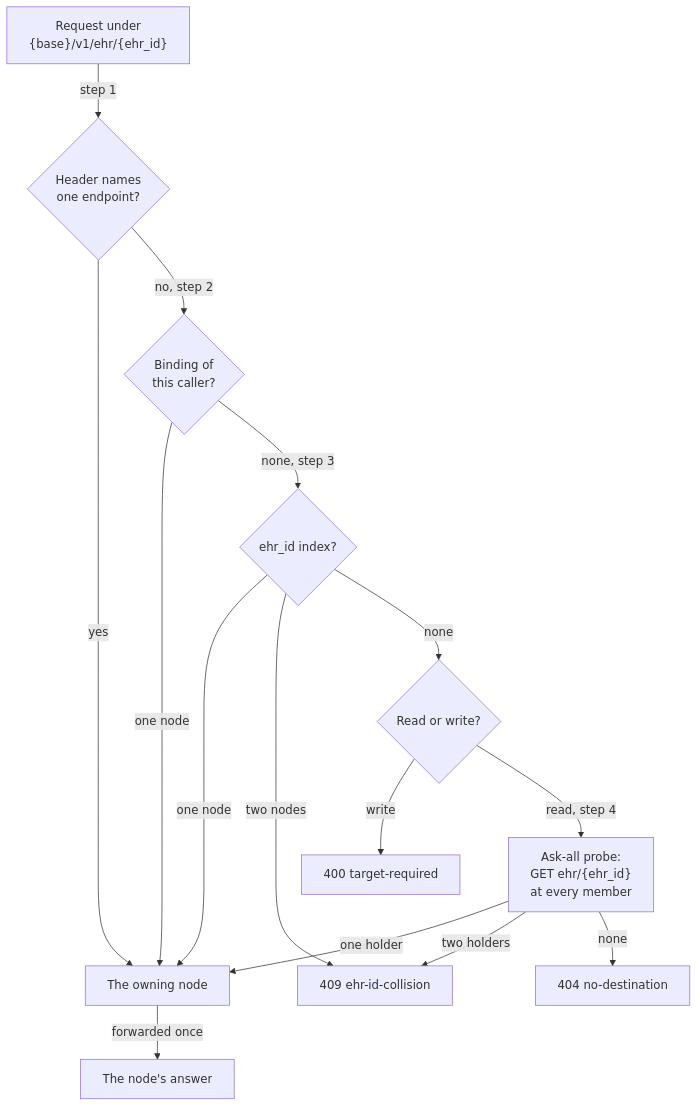
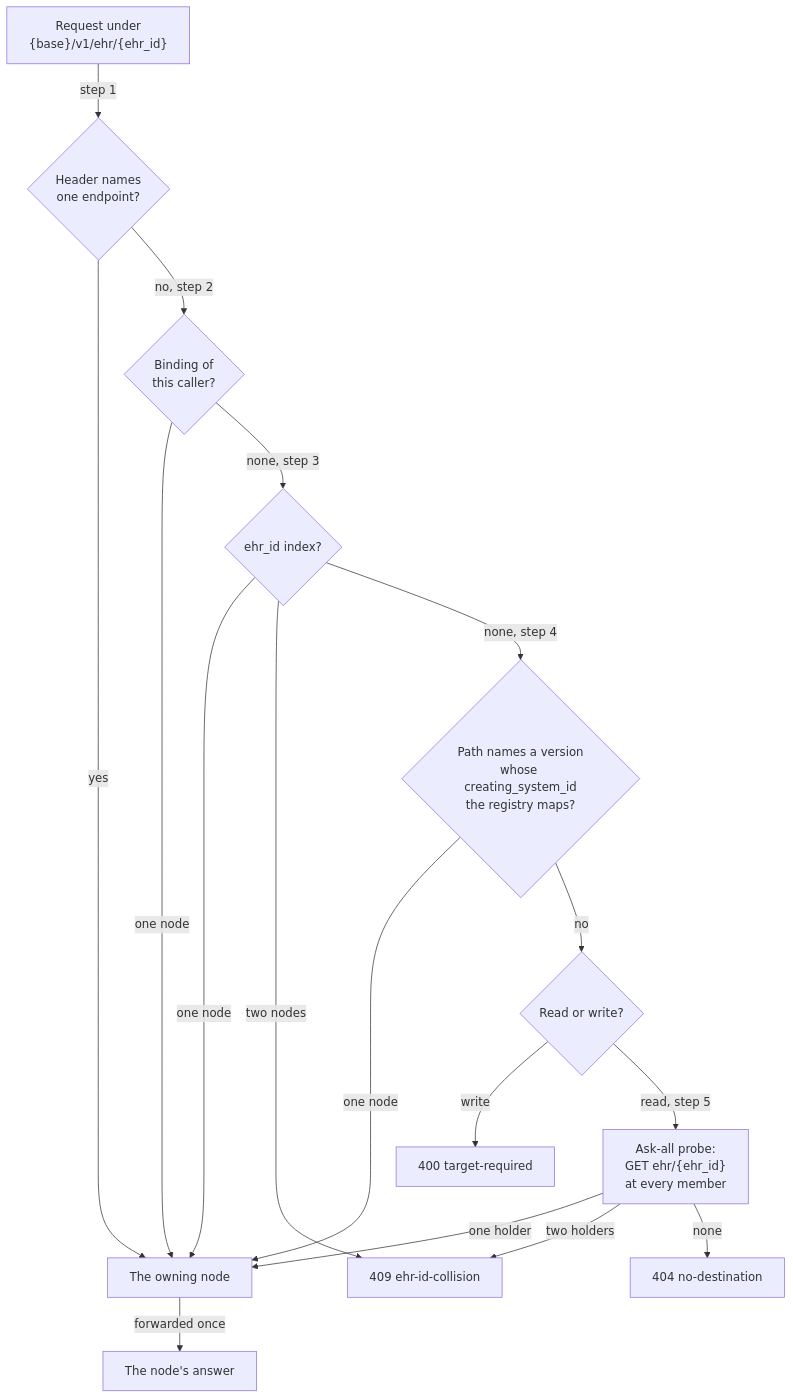
Before and after one commit to FerroHEALTH/FerroFED: the first of 4 diagrams in website/book/src/how-it-works/follow-ups-and-writes.md, drawn with Mermaid. The commit also changed other lines of this file and 97 other files, not shown here.

````diff
--- a/website/book/src/how-it-works/follow-ups-and-writes.md
+++ b/website/book/src/how-it-works/follow-ups-and-writes.md
@@ -26,17 +26,19 @@
 ```mermaid
 flowchart TD
     req["Request under<br/>{base}/v1/ehr/{ehr_id}"] -->|"step 1"| s1{"Header names<br/>one endpoint?"}
     s1 -->|"yes"| route["The owning node"]
     s1 -->|"no, step 2"| s2{"Binding of<br/>this caller?"}
     s2 -->|"one node"| route
     s2 -->|"none, step 3"| s3{"ehr_id index?"}
     s3 -->|"one node"| route
     s3 -->|"two nodes"| c409["409 ehr-id-collision"]
-    s3 -->|"none"| rw{"Read or write?"}
+    s3 -->|"none, step 4"| s4{"Path names a version<br/>whose creating_system_id<br/>the registry maps?"}
+    s4 -->|"one node"| route
+    s4 -->|"no"| rw{"Read or write?"}
     rw -->|"write"| t400["400 target-required"]
-    rw -->|"read, step 4"| probe["Ask-all probe:<br/>GET ehr/{ehr_id}<br/>at every member"]
+    rw -->|"read, step 5"| probe["Ask-all probe:<br/>GET ehr/{ehr_id}<br/>at every member"]
     probe -->|"one holder"| route
     probe -->|"two holders"| c409
     probe -->|"none"| n404["404 no-destination"]
     route -->|"forwarded once"| answer["The node's answer"]
 ```
````
